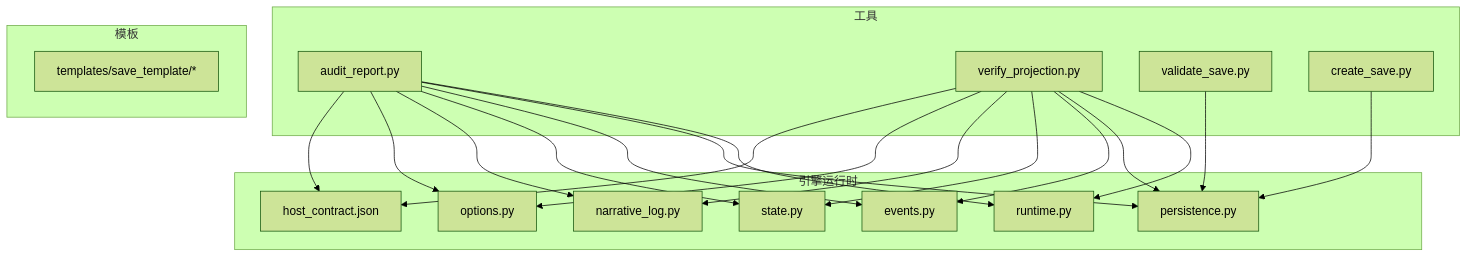
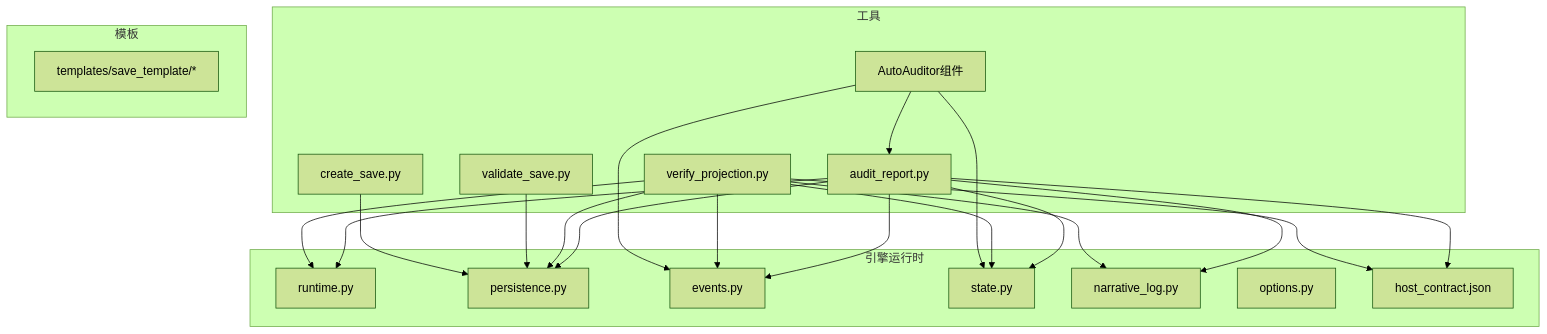
Before and after one commit to Ivandanslespace/thegreatnovel: the first of 6 diagrams in .qoder/repowiki/zh/content/工具集/审计分析工具.md, drawn with Mermaid (forest theme). The commit also changed other lines of this file and 72 other files, not shown here.

````diff
--- a/.qoder/repowiki/zh/content/工具集/审计分析工具.md
+++ b/.qoder/repowiki/zh/content/工具集/审计分析工具.md
@@ -44,37 +55,39 @@
 ```mermaid
 graph TB
 subgraph "工具"
 A["audit_report.py"]
 B["verify_projection.py"]
 C["validate_save.py"]
 D["create_save.py"]
+E["AutoAuditor组件"]
 end
 subgraph "引擎运行时"
-E["runtime.py"]
-F["persistence.py"]
-G["events.py"]
-H["state.py"]
-I["narrative_log.py"]
-J["options.py"]
-K["host_contract.json"]
+F["runtime.py"]
+G["persistence.py"]
+H["events.py"]
+I["state.py"]
+J["narrative_log.py"]
+K["options.py"]
+L["host_contract.json"]
 end
 subgraph "模板"
-L["templates/save_template/*"]
+M["templates/save_template/*"]
 end
-A --> E
 A --> F
 A --> G
 A --> H
 A --> I
 A --> J
-A --> K
-B --> E
+A --> L
 B --> F
 B --> G
 B --> H
 B --> I
 B --> J
-B --> K
-C --> F
-D --> F
+B --> L
+C --> G
+D --> G
+E --> A
+E --> H
+E --> I
 ```
````
